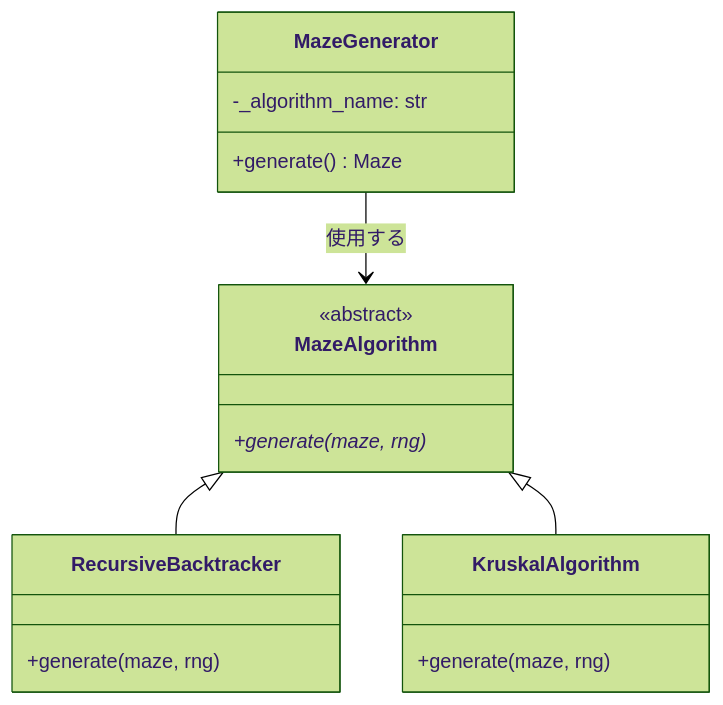
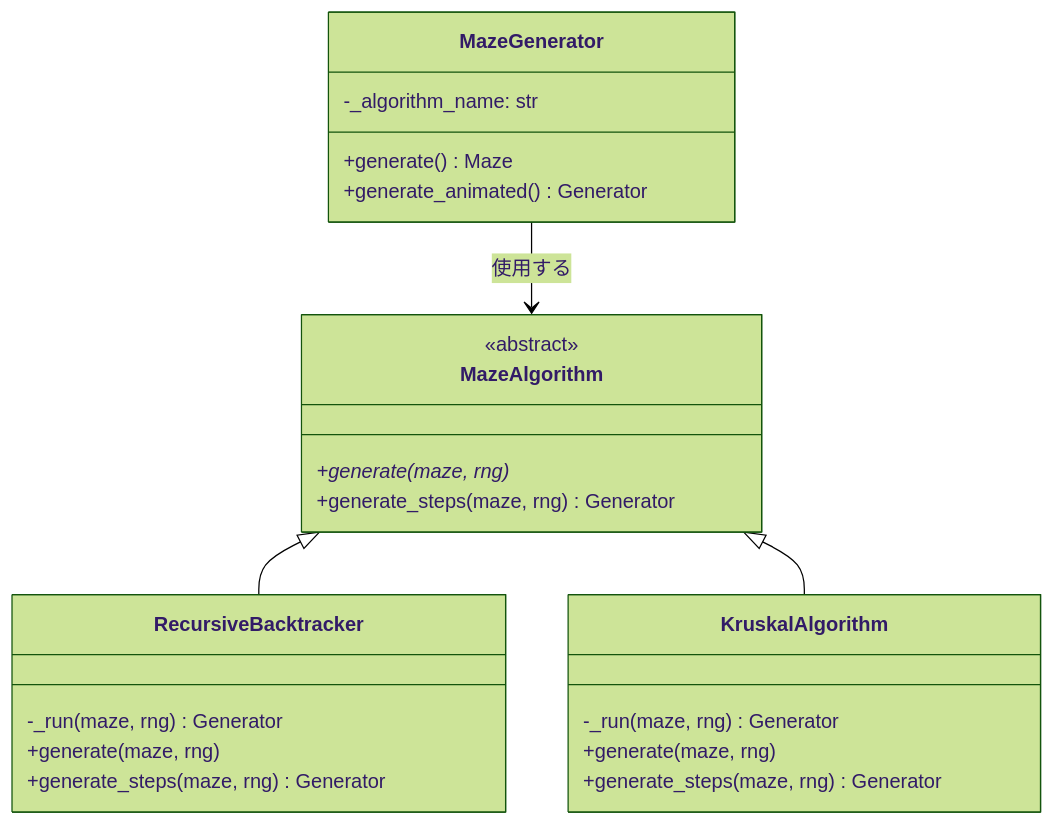
One commit to liofval/a_maze_ing changed the first of 5 diagrams in .docs/05-design-patterns.md. Above: the diagram before and after it, drawn with Mermaid (forest theme). The commit also changed other lines of this file and 14 other files, not shown here.

````diff
--- a/.docs/05-design-patterns.md
+++ b/.docs/05-design-patterns.md
@@ -15,24 +15,30 @@
 ```mermaid
 classDiagram
     class MazeAlgorithm {
         <<abstract>>
         +generate(maze, rng)*
+        +generate_steps(maze, rng) Generator
     }
 
     class RecursiveBacktracker {
+        -_run(maze, rng) Generator
         +generate(maze, rng)
+        +generate_steps(maze, rng) Generator
     }
 
     class KruskalAlgorithm {
+        -_run(maze, rng) Generator
         +generate(maze, rng)
+        +generate_steps(maze, rng) Generator
     }
 
     class MazeGenerator {
         -_algorithm_name: str
         +generate() Maze
+        +generate_animated() Generator
     }
 
     MazeAlgorithm <|-- RecursiveBacktracker
     MazeAlgorithm <|-- KruskalAlgorithm
     MazeGenerator --> MazeAlgorithm : 使用する
 ```
````
